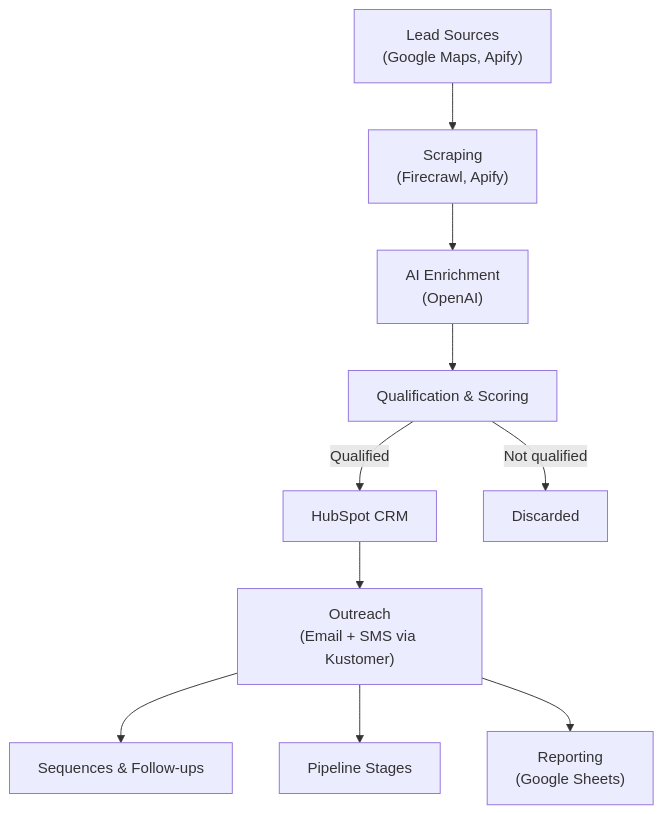
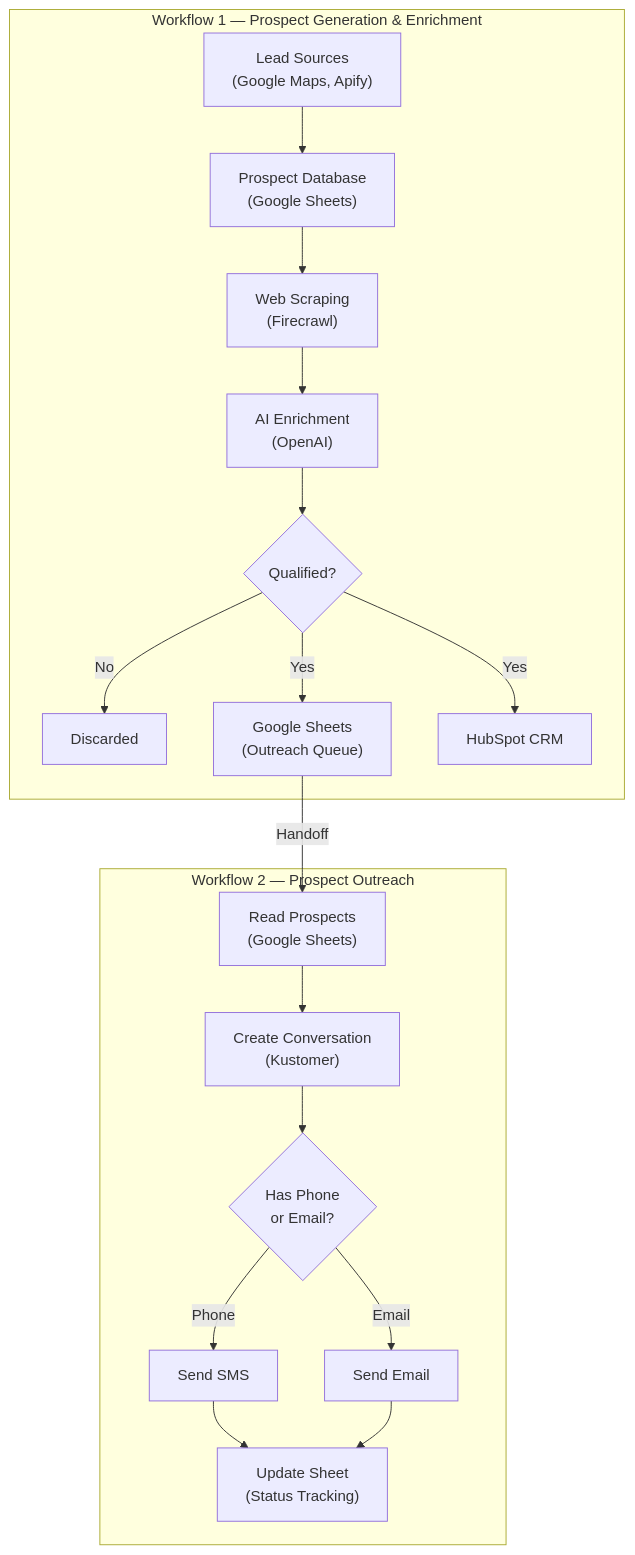
The diagram in README.md (fernandogarcia8/pipeline-generation-outreach-system), drawn with Mermaid before and after one commit. The commit also changed other lines of this file and 3 other files, not shown here.

Commit message:
Add workflow screenshots and update architecture diagram to match actual flows

````diff
--- a/README.md
+++ b/README.md
@@ -32,12 +32,23 @@
 ```mermaid
 flowchart TD
-    A["Lead Sources\n(Google Maps, Apify)"] --> B["Scraping\n(Firecrawl, Apify)"]
-    B --> C["AI Enrichment\n(OpenAI)"]
-    C --> D["Qualification & Scoring"]
-    D -->|Qualified| E["HubSpot CRM"]
-    D -->|Not qualified| X["Discarded"]
-    E --> F["Outreach\n(Email + SMS via Kustomer)"]
-    F --> G["Sequences & Follow-ups"]
-    F --> H["Pipeline Stages"]
-    F --> I["Reporting\n(Google Sheets)"]
+    subgraph WF1["Workflow 1 — Prospect Generation & Enrichment"]
+        A["Lead Sources\n(Google Maps, Apify)"] --> B["Prospect Database\n(Google Sheets)"]
+        B --> C["Web Scraping\n(Firecrawl)"]
+        C --> D["AI Enrichment\n(OpenAI)"]
+        D --> E{"Qualified?"}
+        E -->|No| X["Discarded"]
+        E -->|Yes| F["Google Sheets\n(Outreach Queue)"]
+        E -->|Yes| G["HubSpot CRM"]
+    end
+
+    subgraph WF2["Workflow 2 — Prospect Outreach"]
+        H["Read Prospects\n(Google Sheets)"] --> I["Create Conversation\n(Kustomer)"]
+        I --> J{"Has Phone\nor Email?"}
+        J -->|Phone| K["Send SMS"]
+        J -->|Email| L["Send Email"]
+        K --> M["Update Sheet\n(Status Tracking)"]
+        L --> M
+    end
+
+    F -->|Handoff| H
 ```
````
